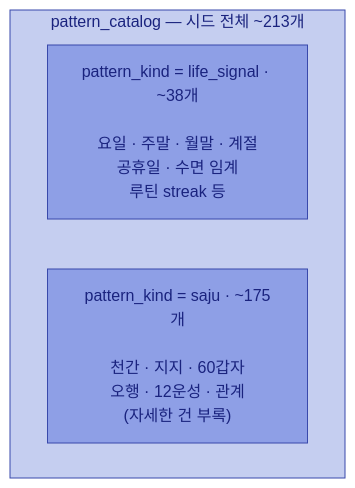
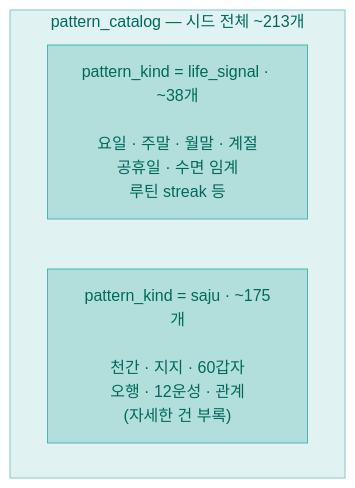
Before and after one commit to hyewon3938/slack-ai-agents: the third of 9 diagrams in docs/explainers/insight-v2.md, drawn with Mermaid. The commit also changed other lines of this file, not shown here.

````diff
--- a/docs/explainers/insight-v2.md
+++ b/docs/explainers/insight-v2.md
@@ -168,13 +168,13 @@
 ```mermaid
 flowchart TB
   subgraph PC["pattern_catalog — 시드 전체 ~213개"]
     direction LR
     LIFE["pattern_kind = life_signal · ~38개<br/><br/>요일 · 주말 · 월말 · 계절<br/>공휴일 · 수면 임계<br/>루틴 streak 등"]
     SAJU["pattern_kind = saju · ~175개<br/><br/>천간 · 지지 · 60갑자<br/>오행 · 12운성 · 관계<br/>(자세한 건 부록)"]
   end
 
-  classDef seedBox fill:#C5CEF0,stroke:#3949ab,color:#1a237e
-  classDef seedNode fill:#8E9FE6,stroke:#3949ab,color:#1a237e
+  classDef seedBox fill:#E0F2F1,stroke:#80CBC4,color:#00695C
+  classDef seedNode fill:#B2DFDB,stroke:#4DB6AC,color:#00695C
   class PC seedBox
   class LIFE,SAJU seedNode
 ```
````
